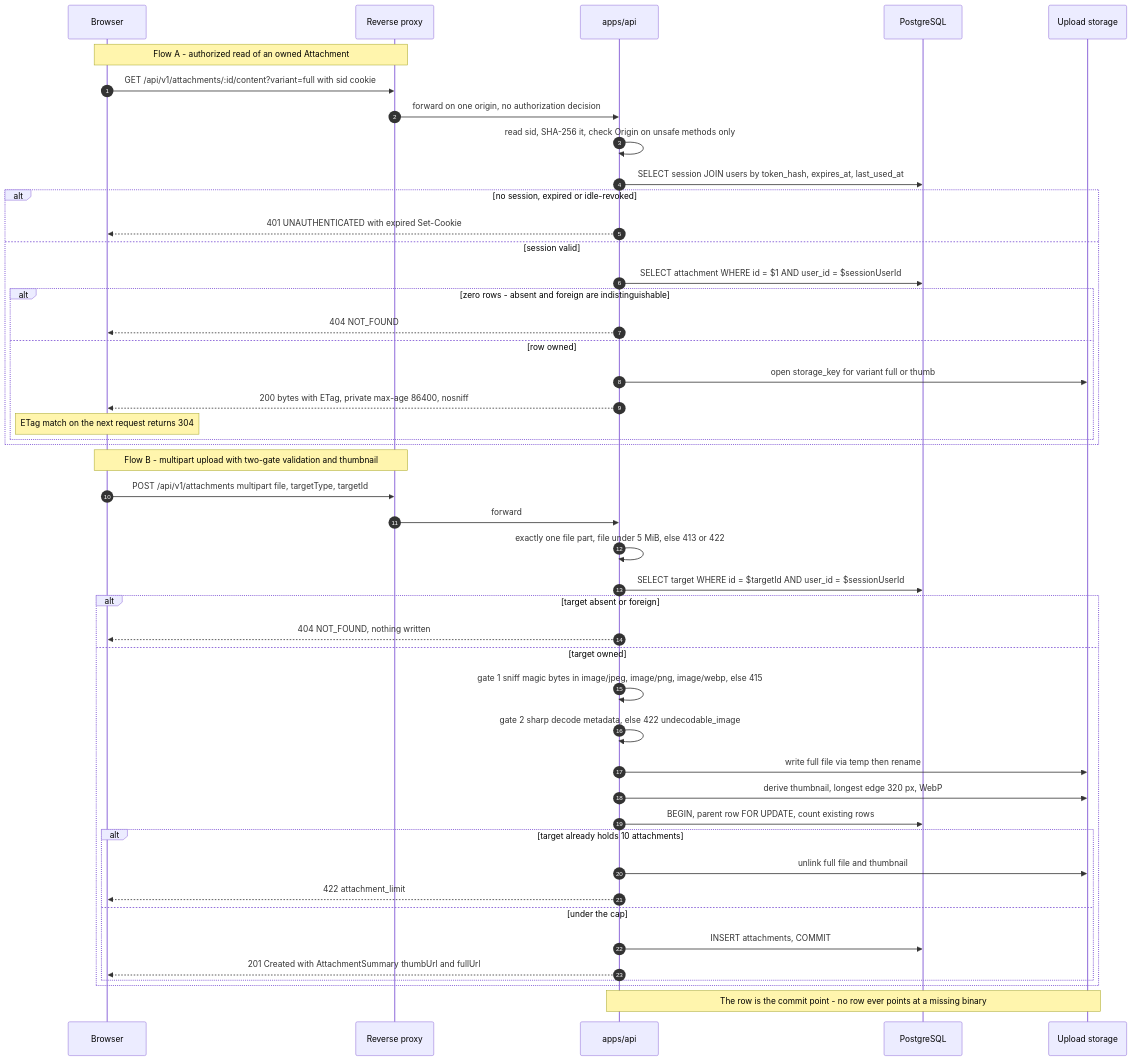
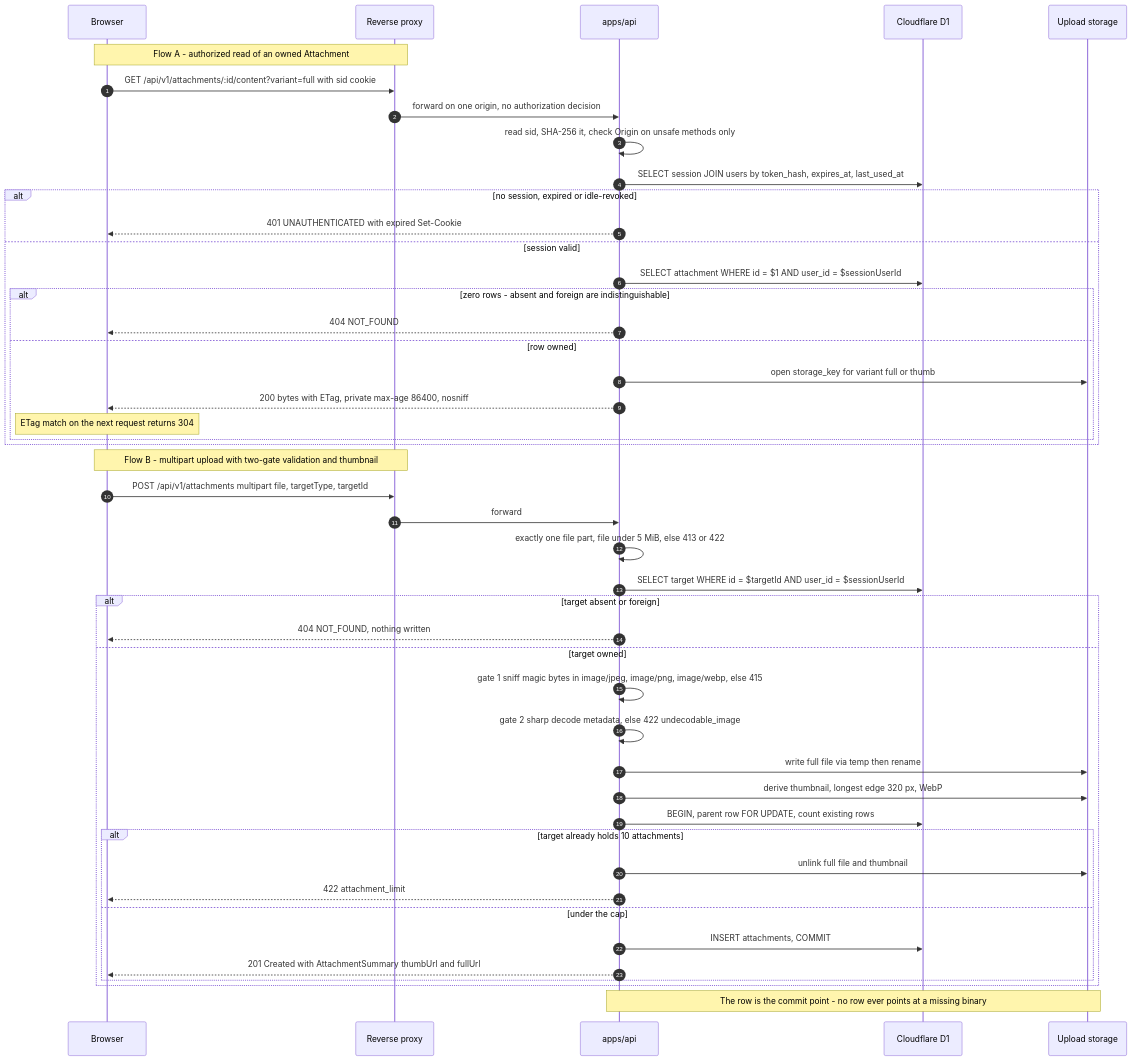
One commit to mhiqrambg/rweb-task-management changed the diagram in design/diagrams/05-upload-and-session-flow.mmd. Above: the diagram before and after it, drawn with Mermaid. The commit also changed 6 other files, not shown here.

First line of the commit message:
docs(design): relabel architecture diagrams to Elysia + Cloudflare D1

```diff
--- a/design/diagrams/05-upload-and-session-flow.mmd
+++ b/design/diagrams/05-upload-and-session-flow.mmd
@@ -1,50 +1,50 @@
 %% 05 — Request authorization, multipart upload and binary read
 %% Sources: .planning/06-api-contracts.md §1.9, §2.1-2.3, §5.18-5.21, §8.3-8.5; 05-database-design.md §3.5
 sequenceDiagram
   autonumber
   participant B as Browser
   participant P as Reverse proxy
   participant A as apps/api
-  participant D as PostgreSQL
+  participant D as Cloudflare D1
   participant S as Upload storage
 
   Note over B,P: Flow A - authorized read of an owned Attachment
   B->>P: GET /api/v1/attachments/:id/content?variant=full with sid cookie
   P->>A: forward on one origin, no authorization decision
   A->>A: read sid, SHA-256 it, check Origin on unsafe methods only
   A->>D: SELECT session JOIN users by token_hash, expires_at, last_used_at
   alt no session, expired or idle-revoked
     A-->>B: 401 UNAUTHENTICATED with expired Set-Cookie
   else session valid
     A->>D: SELECT attachment WHERE id = $1 AND user_id = $sessionUserId
     alt zero rows - absent and foreign are indistinguishable
       A-->>B: 404 NOT_FOUND
     else row owned
       A->>S: open storage_key for variant full or thumb
       A-->>B: 200 bytes with ETag, private max-age 86400, nosniff
       Note over B: ETag match on the next request returns 304
     end
   end
 
   Note over B,P: Flow B - multipart upload with two-gate validation and thumbnail
   B->>P: POST /api/v1/attachments multipart file, targetType, targetId
   P->>A: forward
   A->>A: exactly one file part, file under 5 MiB, else 413 or 422
   A->>D: SELECT target WHERE id = $targetId AND user_id = $sessionUserId
   alt target absent or foreign
     A-->>B: 404 NOT_FOUND, nothing written
   else target owned
     A->>A: gate 1 sniff magic bytes in image/jpeg, image/png, image/webp, else 415
     A->>A: gate 2 sharp decode metadata, else 422 undecodable_image
     A->>S: write full file via temp then rename
     A->>S: derive thumbnail, longest edge 320 px, WebP
     A->>D: BEGIN, parent row FOR UPDATE, count existing rows
     alt target already holds 10 attachments
       A->>S: unlink full file and thumbnail
       A-->>B: 422 attachment_limit
     else under the cap
       A->>D: INSERT attachments, COMMIT
       A-->>B: 201 Created with AttachmentSummary thumbUrl and fullUrl
     end
   end
   Note over A,S: The row is the commit point - no row ever points at a missing binary
```
